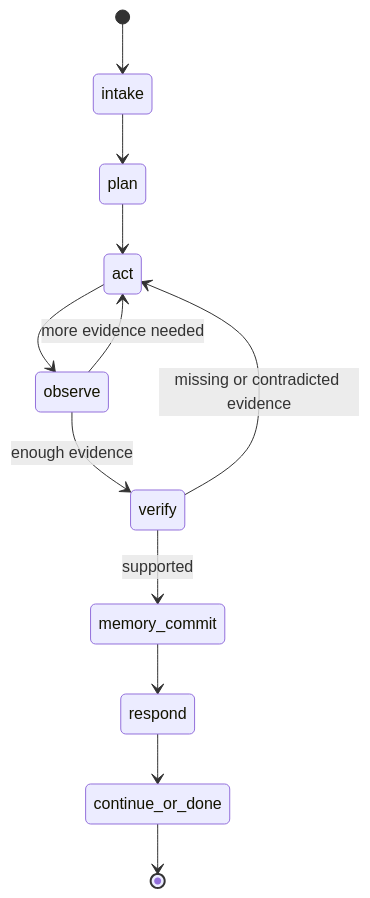
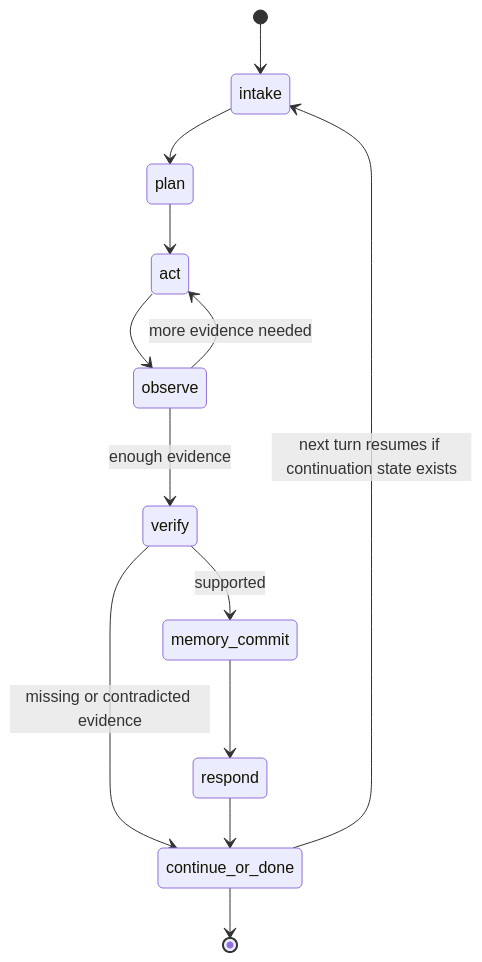
One commit to theshovonsaha/shovsOS changed the second of 2 diagrams in HARNESS.md. Above: the diagram before and after it, drawn with Mermaid. The commit also changed other lines of this file and 15 other files, not shown here.

````diff
--- a/HARNESS.md
+++ b/HARNESS.md
@@ -48,14 +48,15 @@
 ```mermaid
 stateDiagram-v2
     [*] --> intake
     intake --> plan
     plan --> act
     act --> observe
     observe --> act: more evidence needed
     observe --> verify: enough evidence
     verify --> memory_commit: supported
-    verify --> act: missing or contradicted evidence
+    verify --> continue_or_done: missing or contradicted evidence
     memory_commit --> respond
     respond --> continue_or_done
+    continue_or_done --> intake: next turn resumes if continuation state exists
     continue_or_done --> [*]
 ```
````
